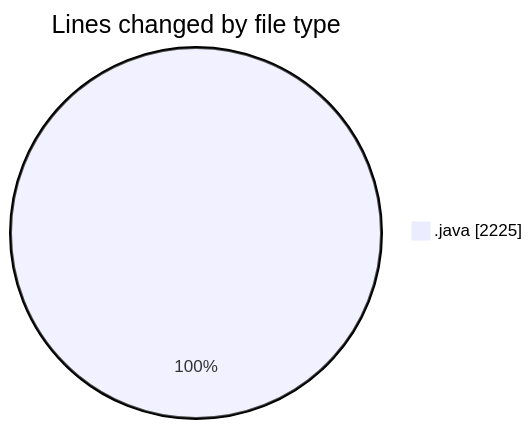
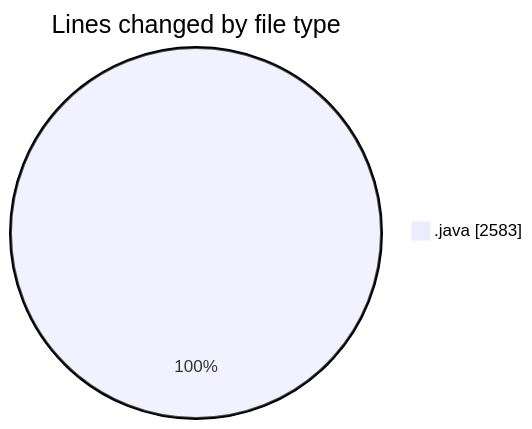
One commit to Elitesun/code-tracking changed the first of 2 diagrams in 2025-02-21/projet/README.md. Above: the diagram before and after it, drawn with Mermaid. The commit also changed other lines of this file and 1 other file, not shown here.

````diff
--- a/2025-02-21/projet/README.md
+++ b/2025-02-21/projet/README.md
@@ -29,5 +31,5 @@
 ```mermaid
 pie showData
 title Lines changed by file type
-".java" : 2225
+".java" : 2583
 ```
````
